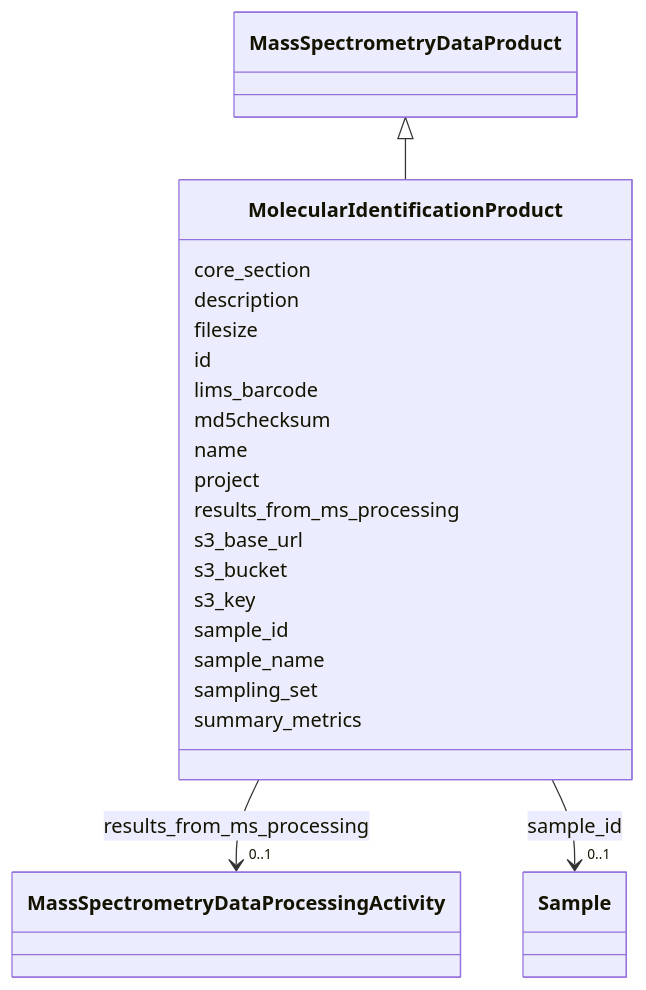
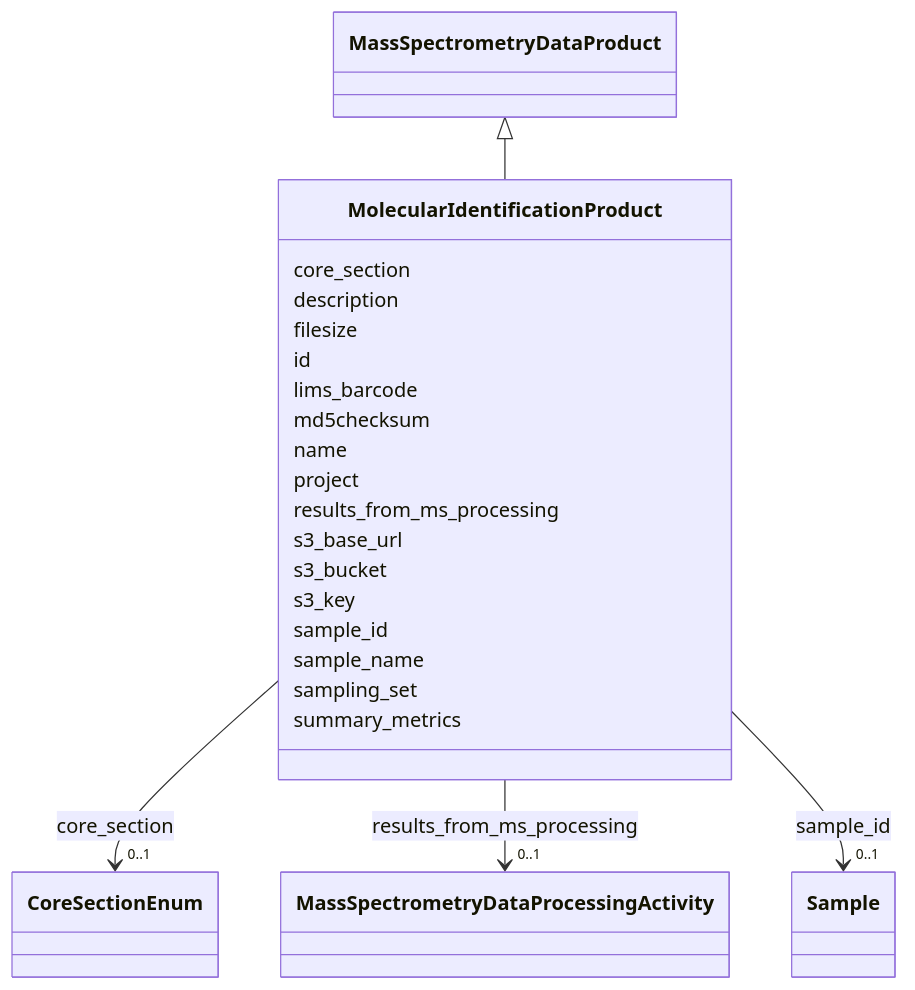
Before and after one commit to EMSL-Computing/BASALT-Schema: the diagram in docs/elements/MolecularIdentificationProduct.md, drawn with Mermaid. The commit also changed other lines of this file and 388 other files, not shown here.

````diff
--- a/docs/elements/MolecularIdentificationProduct.md
+++ b/docs/elements/MolecularIdentificationProduct.md
@@ -19,66 +19,76 @@
 ```mermaid
  classDiagram
     class MolecularIdentificationProduct
     click MolecularIdentificationProduct href "../MolecularIdentificationProduct"
       MassSpectrometryDataProduct <|-- MolecularIdentificationProduct
         click MassSpectrometryDataProduct href "../MassSpectrometryDataProduct"
       
       MolecularIdentificationProduct : core_section
+        
+          
+    
+    
+    
+    
+    MolecularIdentificationProduct --> "0..1" CoreSectionEnum : core_section
+    click CoreSectionEnum href "../CoreSectionEnum"
+    
+
         
       MolecularIdentificationProduct : description
         
       MolecularIdentificationProduct : filesize
         
       MolecularIdentificationProduct : id
         
           
     
     
 
         
       MolecularIdentificationProduct : lims_barcode
         
       MolecularIdentificationProduct : md5checksum
         
       MolecularIdentificationProduct : name
         
       MolecularIdentificationProduct : project
         
       MolecularIdentificationProduct : results_from_ms_processing
         
           
     
     
     
     
     MolecularIdentificationProduct --> "0..1" MassSpectrometryDataProcessingActivity : results_from_ms_processing
     click MassSpectrometryDataProcessingActivity href "../MassSpectrometryDataProcessingActivity"
     
 
         
       MolecularIdentificationProduct : s3_base_url
         
       MolecularIdentificationProduct : s3_bucket
         
       MolecularIdentificationProduct : s3_key
         
       MolecularIdentificationProduct : sample_id
         
           
     
     
     
     
     MolecularIdentificationProduct --> "0..1" Sample : sample_id
     click Sample href "../Sample"
     
 
         
       MolecularIdentificationProduct : sample_name
         
       MolecularIdentificationProduct : sampling_set
         
       MolecularIdentificationProduct : summary_metrics
         
       
 ```
````
